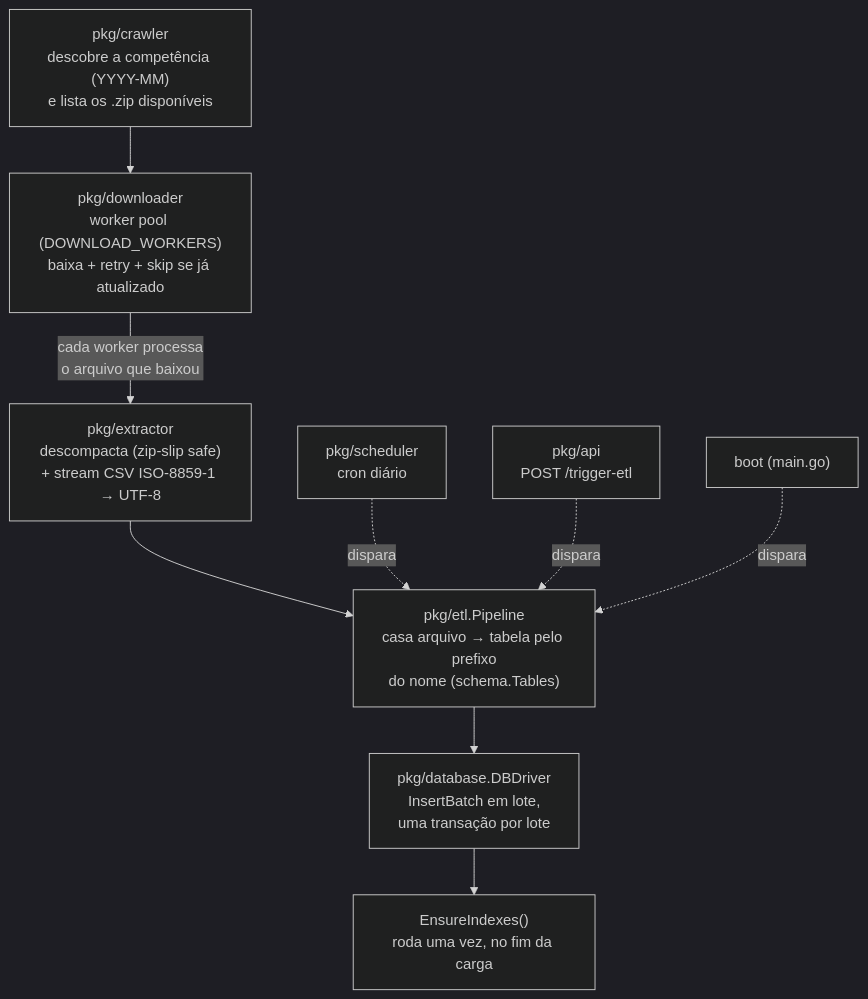
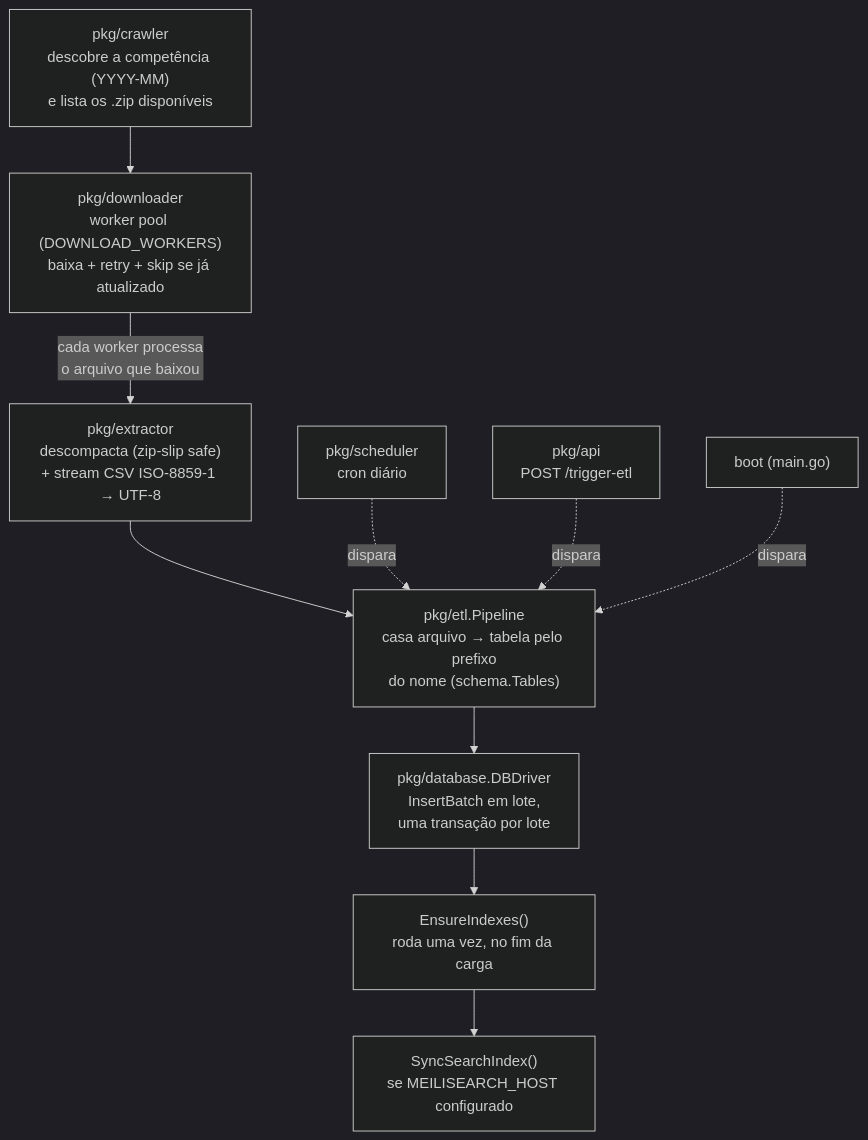
Before and after one commit to leandronunes07/cnpj-rfb: the first of 3 diagrams in docs/ARCHITECTURE.md, drawn with Mermaid (dark theme). The commit also changed other lines of this file and 26 other files, not shown here.

````diff
--- a/docs/ARCHITECTURE.md
+++ b/docs/ARCHITECTURE.md
@@ -7,12 +7,13 @@
 ```mermaid
 flowchart TD
     A["pkg/crawler<br/>descobre a competência (YYYY-MM)<br/>e lista os .zip disponíveis"] --> B["pkg/downloader<br/>worker pool (DOWNLOAD_WORKERS)<br/>baixa + retry + skip se já atualizado"]
     B -->|"cada worker processa<br/>o arquivo que baixou"| C["pkg/extractor<br/>descompacta (zip-slip safe)<br/>+ stream CSV ISO-8859-1 → UTF-8"]
     C --> D["pkg/etl.Pipeline<br/>casa arquivo → tabela pelo prefixo<br/>do nome (schema.Tables)"]
     D --> E["pkg/database.DBDriver<br/>InsertBatch em lote,<br/>uma transação por lote"]
     E --> F["EnsureIndexes()<br/>roda uma vez, no fim da carga"]
+    F --> J["SyncSearchIndex()<br/>se MEILISEARCH_HOST configurado"]
 
     G["pkg/scheduler<br/>cron diário"] -.dispara.-> D
     H["pkg/api<br/>POST /trigger-etl"] -.dispara.-> D
     I["boot (main.go)"] -.dispara.-> D
 ```
````
